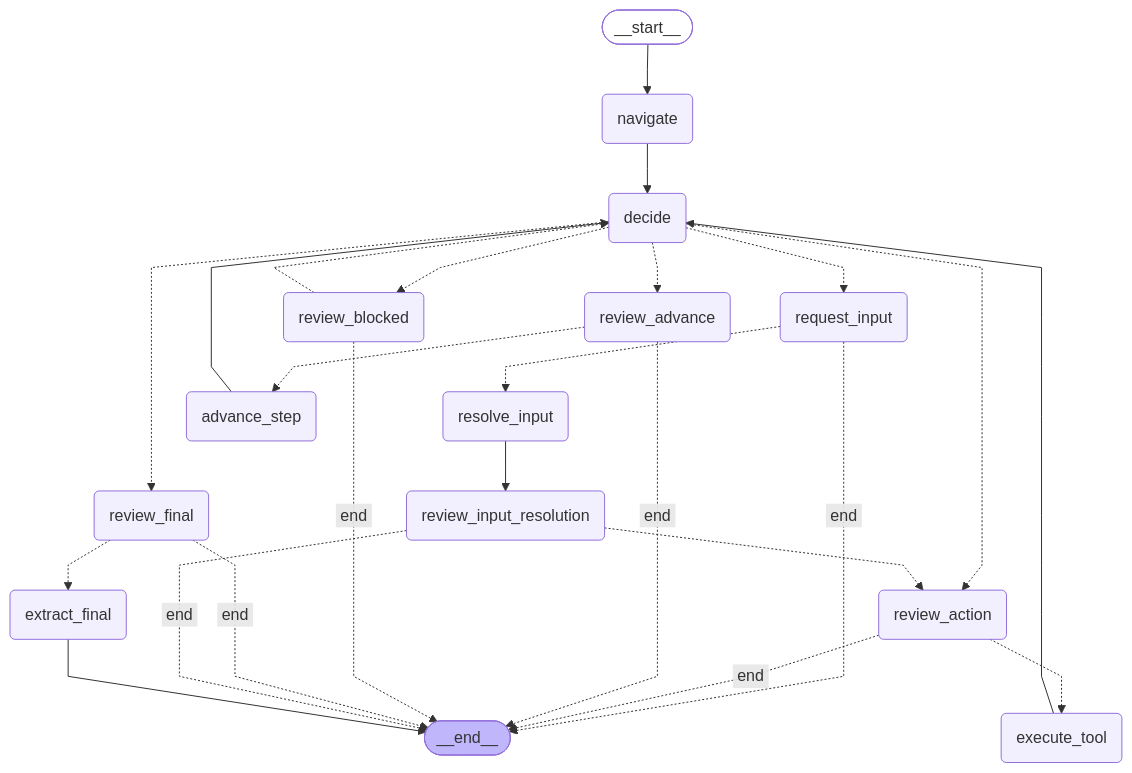
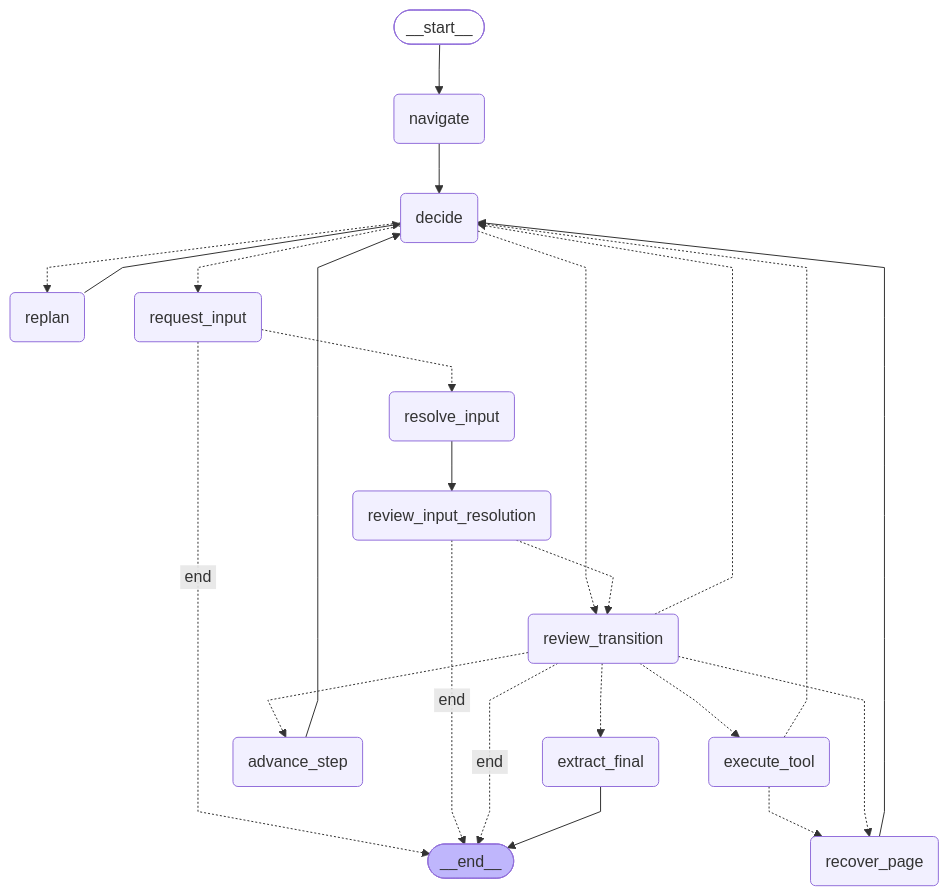
The diagram in docs/architecture/browser_flow.mmd (rajeshgmv/WebAgentX), drawn with Mermaid before and after one commit. The commit also changed 3 other files, not shown here.

```diff
--- a/docs/architecture/browser_flow.mmd
+++ b/docs/architecture/browser_flow.mmd
@@ -1,46 +1,44 @@
 ---
 config:
   flowchart:
     curve: linear
 ---
 graph TD;
 	__start__([<p>__start__</p>]):::first
 	navigate(navigate)
 	decide(decide)
-	review_action(review_action)
+	replan(replan)
+	review_transition(review_transition)
 	execute_tool(execute_tool)
+	recover_page(recover_page)
 	request_input(request_input)
 	resolve_input(resolve_input)
 	review_input_resolution(review_input_resolution)
-	review_advance(review_advance)
 	advance_step(advance_step)
-	review_final(review_final)
 	extract_final(extract_final)
-	review_blocked(review_blocked)
 	__end__([<p>__end__</p>]):::last
 	__start__ --> navigate;
 	advance_step --> decide;
+	decide -.-> replan;
 	decide -.-> request_input;
-	decide -.-> review_action;
-	decide -.-> review_advance;
-	decide -.-> review_blocked;
-	decide -.-> review_final;
-	execute_tool --> decide;
+	decide -.-> review_transition;
+	execute_tool -.-> decide;
+	execute_tool -.-> recover_page;
 	navigate --> decide;
+	recover_page --> decide;
+	replan --> decide;
 	request_input -. &nbsp;end&nbsp; .-> __end__;
 	request_input -.-> resolve_input;
 	resolve_input --> review_input_resolution;
-	review_action -. &nbsp;end&nbsp; .-> __end__;
-	review_action -.-> execute_tool;
-	review_advance -. &nbsp;end&nbsp; .-> __end__;
-	review_advance -.-> advance_step;
-	review_blocked -. &nbsp;end&nbsp; .-> __end__;
-	review_blocked -.-> decide;
-	review_final -. &nbsp;end&nbsp; .-> __end__;
-	review_final -.-> extract_final;
 	review_input_resolution -. &nbsp;end&nbsp; .-> __end__;
-	review_input_resolution -.-> review_action;
+	review_input_resolution -.-> review_transition;
+	review_transition -. &nbsp;end&nbsp; .-> __end__;
+	review_transition -.-> advance_step;
+	review_transition -.-> decide;
+	review_transition -.-> execute_tool;
+	review_transition -.-> extract_final;
+	review_transition -.-> recover_page;
 	extract_final --> __end__;
 	classDef default fill:#f2f0ff,line-height:1.2
 	classDef first fill-opacity:0
 	classDef last fill:#bfb6fc
```
